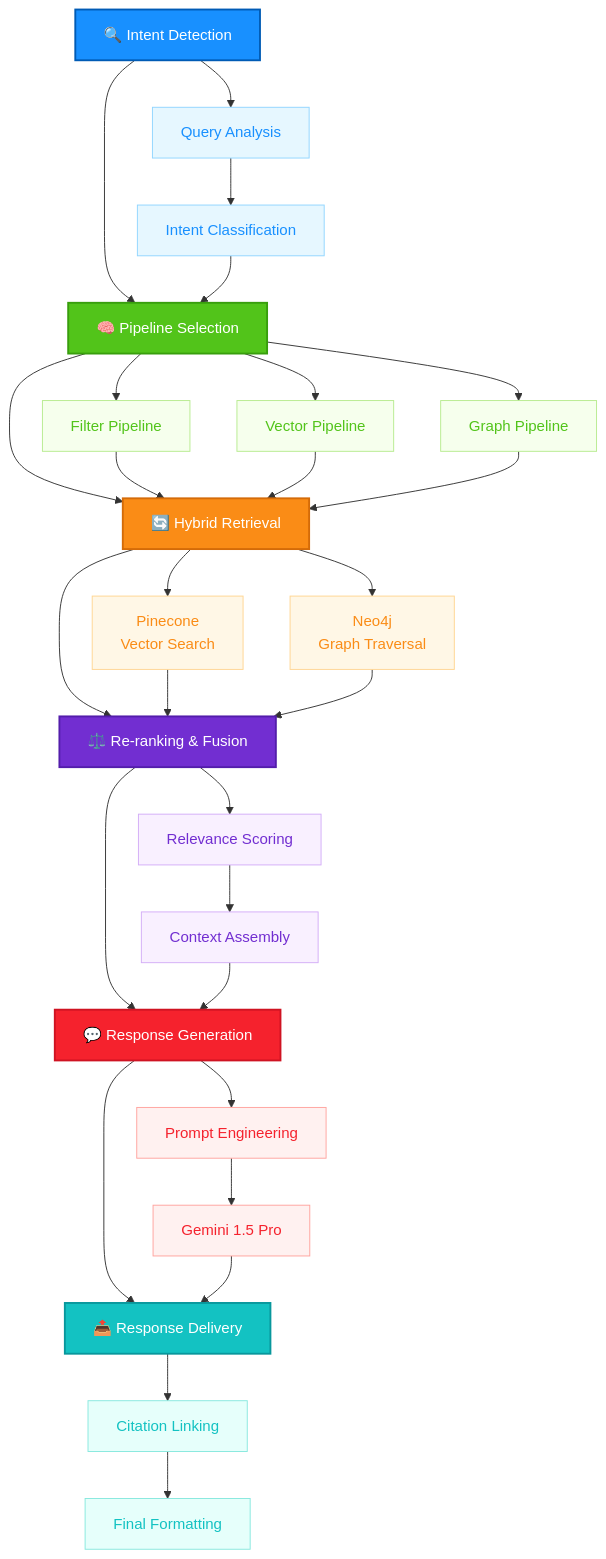
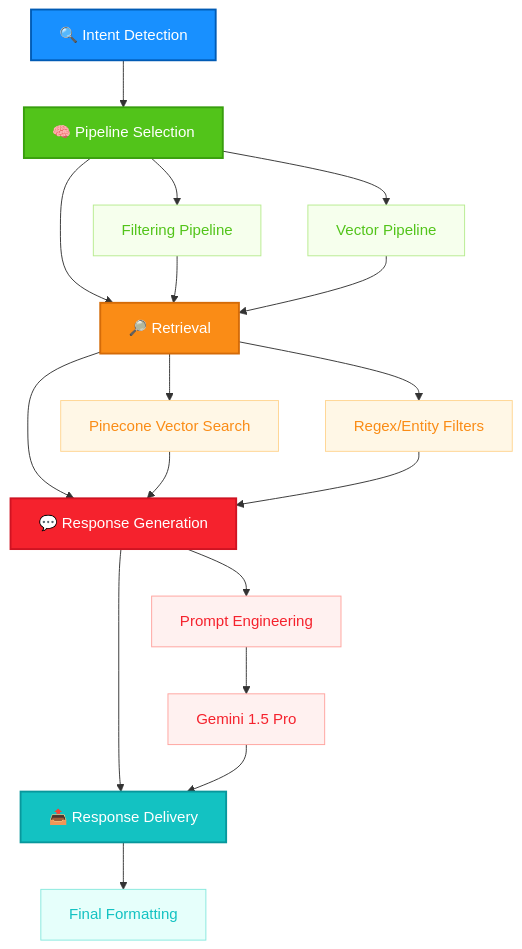
The diagram in README.md (Jovial-Kanwadia/Chatbot), drawn with Mermaid before and after one commit. The commit also changed other lines of this file, not shown here.

````diff
--- a/README.md
+++ b/README.md
@@ -51,58 +50,43 @@
 ```mermaid
 flowchart TB
     %% Main flow nodes with icons
     A["🔍 Intent Detection"]:::blue
     B["🧠 Pipeline Selection"]:::green
-    C["🔄 Hybrid Retrieval"]:::orange
-    D["⚖️ Re-ranking & Fusion"]:::purple
-    E["💬 Response Generation"]:::red
-    F["📤 Response Delivery"]:::teal
+    C["🔎 Retrieval"]:::orange
+    D["💬 Response Generation"]:::red
+    E["📤 Response Delivery"]:::teal
 
     %% Connections
     A --> B
     B --> C
     C --> D
     D --> E
-    E --> F
 
     %% Detailed subprocesses as small nodes
-    A1["Query Analysis"]:::blueLight
-    A2["Intent Classification"]:::blueLight
-    A --> A1 --> A2 --> B
+    B1["Filtering Pipeline"]:::greenLight
+    B2["Vector Pipeline"]:::greenLight
+    B --> B1 & B2 --> C
 
-    B1["Filter Pipeline"]:::greenLight
-    B2["Vector Pipeline"]:::greenLight
-    B3["Graph Pipeline"]:::greenLight
-    B --> B1 & B2 & B3 --> C
-
-    C1["Pinecone\nVector Search"]:::orangeLight
-    C2["Neo4j\nGraph Traversal"]:::orangeLight
+    C1["Pinecone Vector Search"]:::orangeLight
+    C2["Regex/Entity Filters"]:::orangeLight
     C --> C1 & C2 --> D
 
-    D1["Relevance Scoring"]:::purpleLight
-    D2["Context Assembly"]:::purpleLight
+    D1["Prompt Engineering"]:::redLight
+    D2["Gemini 1.5 Pro"]:::redLight
     D --> D1 --> D2 --> E
 
-    E1["Prompt Engineering"]:::redLight
-    E2["Gemini 1.5 Pro"]:::redLight
-    E --> E1 --> E2 --> F
+    E2["Final Formatting"]:::tealLight
+    E --> E2
 
-    F1["Citation Linking"]:::tealLight
-    F2["Final Formatting"]:::tealLight
-    F --> F1 --> F2
-    
     %% Styling classes
     classDef blue fill:#1890ff,color:white,stroke:#005bb5,stroke-width:2px
     classDef green fill:#52c41a,color:white,stroke:#389e0d,stroke-width:2px
     classDef orange fill:#fa8c16,color:white,stroke:#d46b08,stroke-width:2px
-    classDef purple fill:#722ed1,color:white,stroke:#531dab,stroke-width:2px
     classDef red fill:#f5222d,color:white,stroke:#cf1322,stroke-width:2px
     classDef teal fill:#13c2c2,color:white,stroke:#08979c,stroke-width:2px
     
-    classDef blueLight fill:#e6f7ff,color:#1890ff,stroke:#91d5ff,stroke-width:1px
     classDef greenLight fill:#f6ffed,color:#52c41a,stroke:#b7eb8f,stroke-width:1px
     classDef orangeLight fill:#fff7e6,color:#fa8c16,stroke:#ffd591,stroke-width:1px
-    classDef purpleLight fill:#f9f0ff,color:#722ed1,stroke:#d3adf7,stroke-width:1px
     classDef redLight fill:#fff1f0,color:#f5222d,stroke:#ffa39e,stroke-width:1px
     classDef tealLight fill:#e6fffb,color:#13c2c2,stroke:#87e8de,stroke-width:1px
 ```
````
